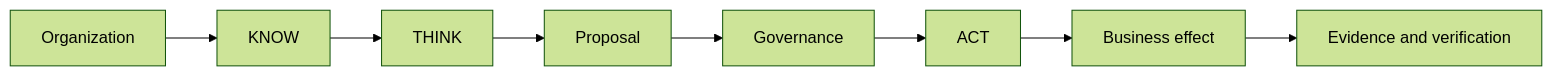
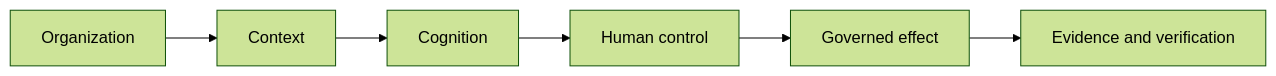
Before and after one commit to baum777/unitera_public_docs: the diagram in docs/en/presentation/executive-overview.md, drawn with Mermaid (forest theme). The commit also changed other lines of this file and 66 other files, not shown here.

````diff
--- a/docs/en/presentation/executive-overview.md
+++ b/docs/en/presentation/executive-overview.md
@@ -14,10 +11,8 @@
 ```mermaid
 flowchart LR
-    O[Organization] --> K[KNOW]
-    K --> T[THINK]
-    T --> P[Proposal]
-    P --> G[Governance]
-    G --> A[ACT]
-    A --> B[Business effect]
-    B --> E[Evidence and verification]
+    O["Organization"] --> K["Context"]
+    K --> C["Cognition"]
+    C --> H["Human control"]
+    H --> E["Governed effect"]
+    E --> V["Evidence and verification"]
 ```
````
